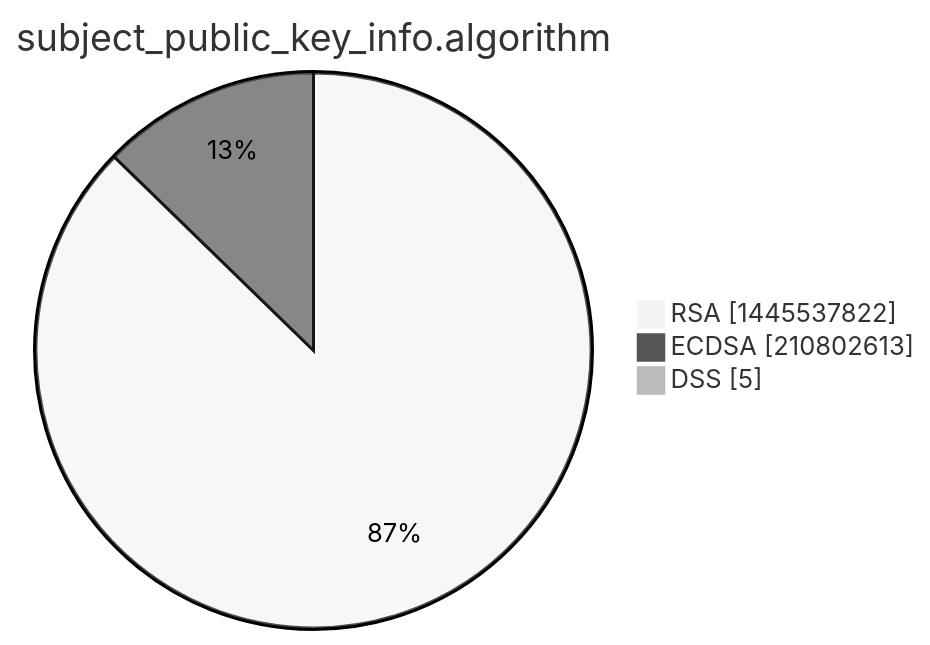
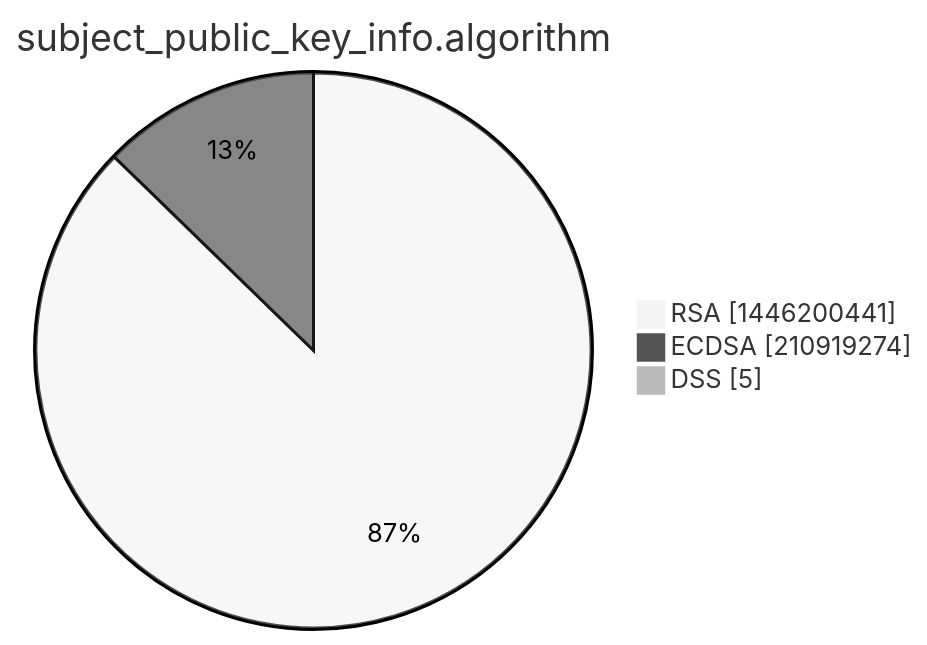
Before and after one commit to christiankrug/ctmonitor_visualization: the third of 15 diagrams in xenon2022/README.md, drawn with Mermaid (neutral theme). The commit also changed other lines of this file, not shown here.

````diff
--- a/xenon2022/README.md
+++ b/xenon2022/README.md
@@ -14,7 +14,7 @@
 ```mermaid
 pie showData
 title subject_public_key_info.algorithm
-"RSA" :1445537822
-"ECDSA" :210802613
+"RSA" :1446200441
+"ECDSA" :210919274
 "DSS" :5
 ```
````
